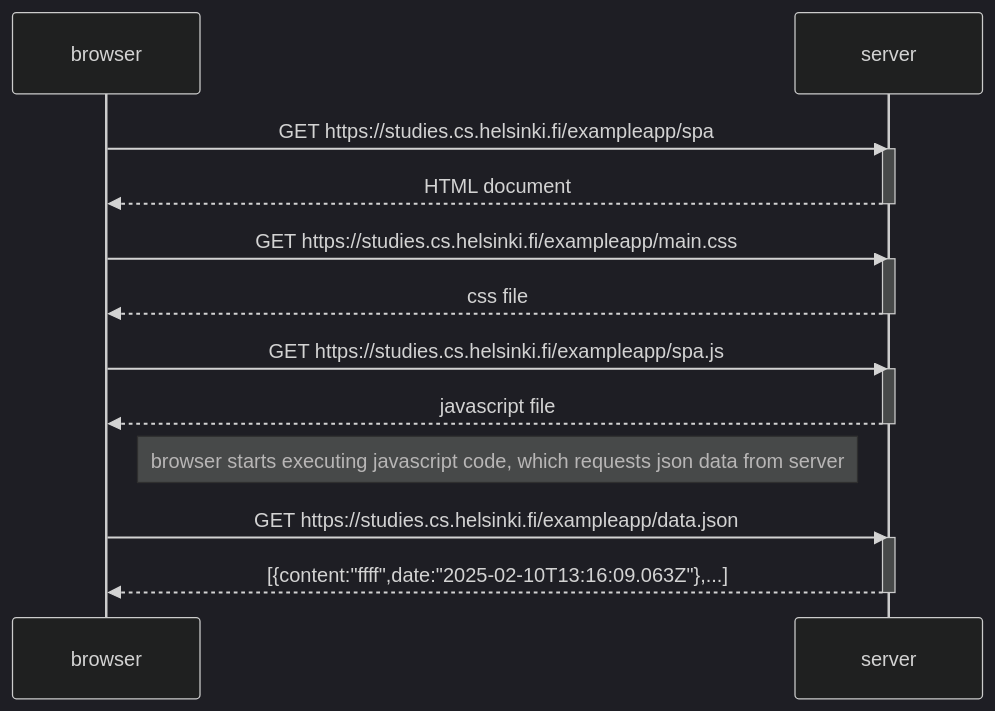
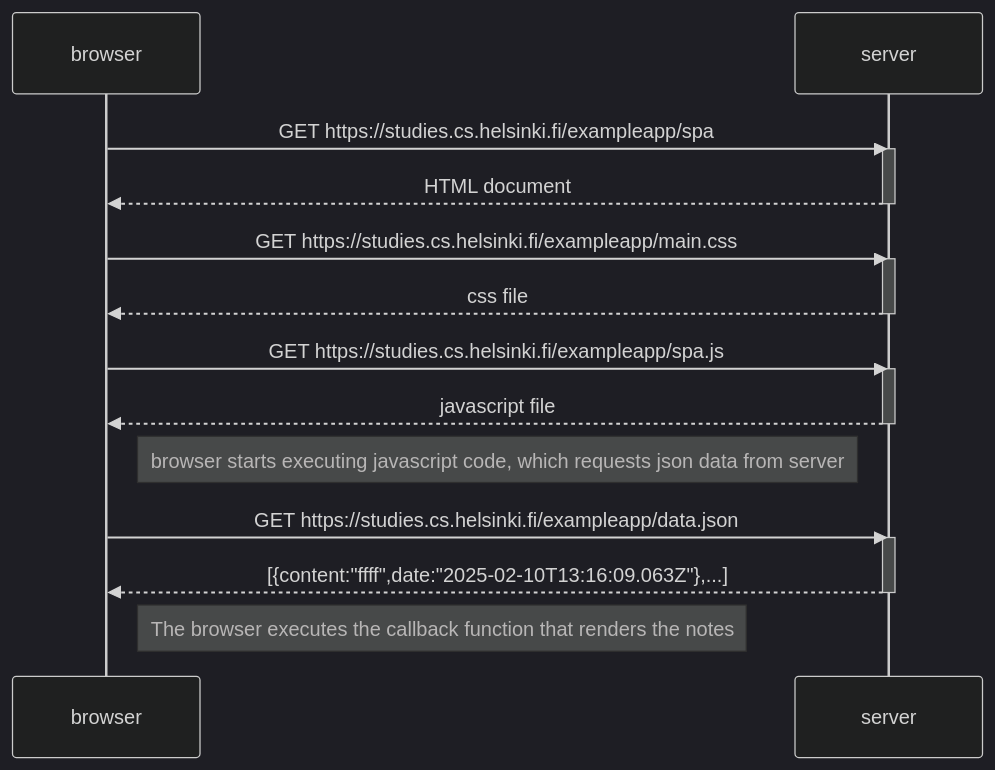
Before and after one commit to gitonina/Full-Stack-Open-: the diagram in part0/spaSecuenceDiagram.md, drawn with Mermaid (dark theme). The commit also changed 2 other files, not shown here.

Commit message:
some changes

````diff
--- a/part0/spaSecuenceDiagram.md
+++ b/part0/spaSecuenceDiagram.md
@@ -1,33 +1,35 @@
 ```mermaid
 
 sequenceDiagram
     participant browser 
     participant server
 
     browser->>server: GET https://studies.cs.helsinki.fi/exampleapp/spa
     activate server
     server-->>browser: HTML document
     deactivate server
 
     
     browser->>server: GET https://studies.cs.helsinki.fi/exampleapp/main.css
     activate server
     server-->>browser: css file 
     deactivate server
 
 
     browser->>server: GET https://studies.cs.helsinki.fi/exampleapp/spa.js
     activate server
     server-->>browser: javascript file 
     deactivate server
 
 
     Note right of browser :browser starts executing javascript code, which requests json data from server 
 
     browser->>server: GET https://studies.cs.helsinki.fi/exampleapp/data.json
     activate server
     server-->>browser: [{content:"ffff",date:"2025-02-10T13:16:09.063Z"},...]
     deactivate server
+   
 
+    Note right of browser: The browser executes the callback function that renders the notes
 
 ```
````
